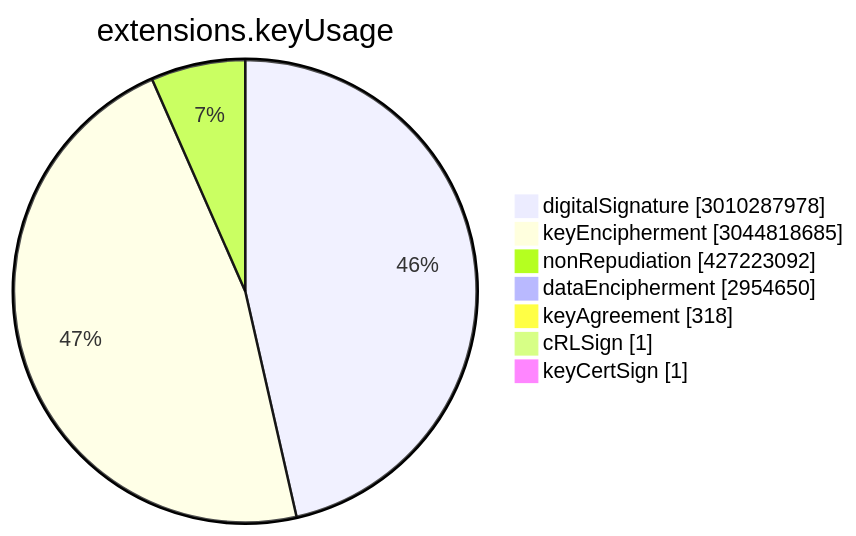
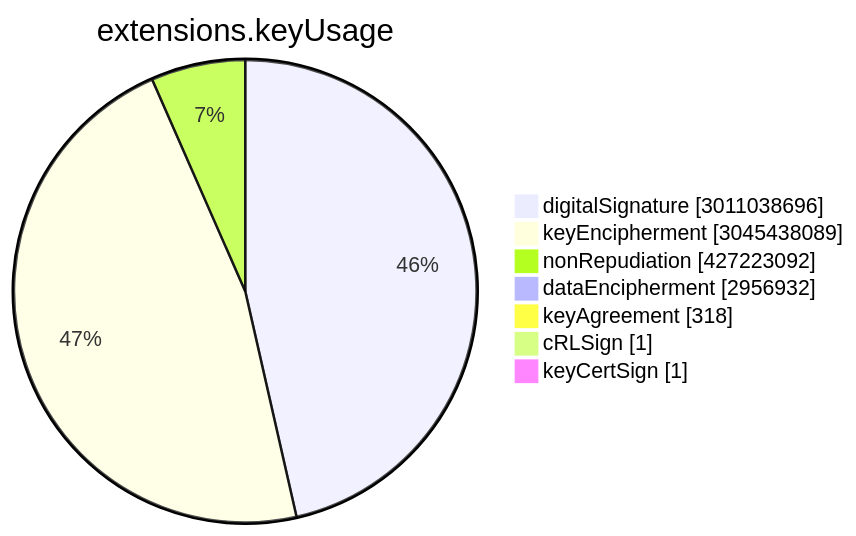
One commit to christiankrug/ctmonitor_visualization changed the sixth of 15 diagrams in TOTAL/README.md. Above: the diagram before and after it, drawn with Mermaid. The commit also changed other lines of this file, not shown here.

````diff
--- a/TOTAL/README.md
+++ b/TOTAL/README.md
@@ -3075,11 +3075,11 @@
 ```mermaid
 pie showData
 title extensions.keyUsage
-"digitalSignature" :3010287978
-"keyEncipherment" :3044818685
+"digitalSignature" :3011038696
+"keyEncipherment" :3045438089
 "nonRepudiation" :427223092
-"dataEncipherment" :2954650
+"dataEncipherment" :2956932
 "keyAgreement" :318
 "cRLSign" :1
 "keyCertSign" :1
 ```
````
